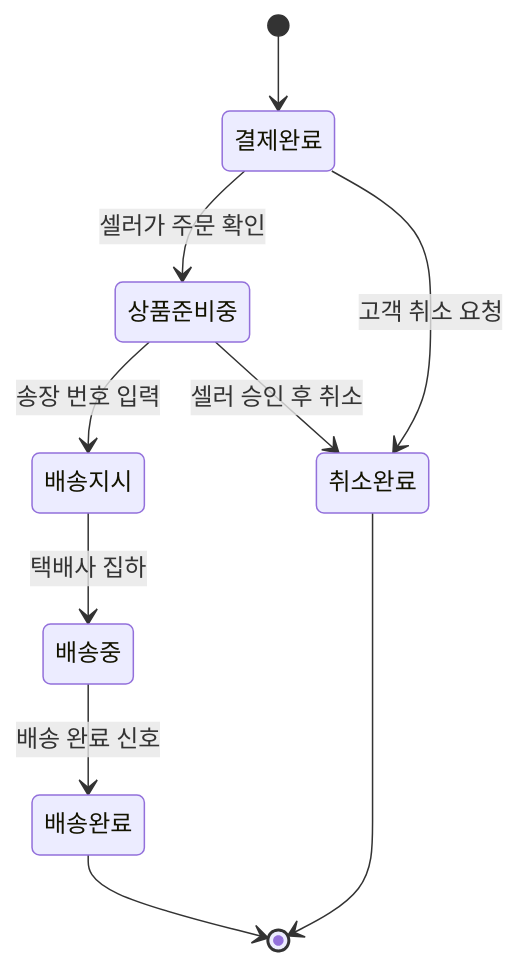
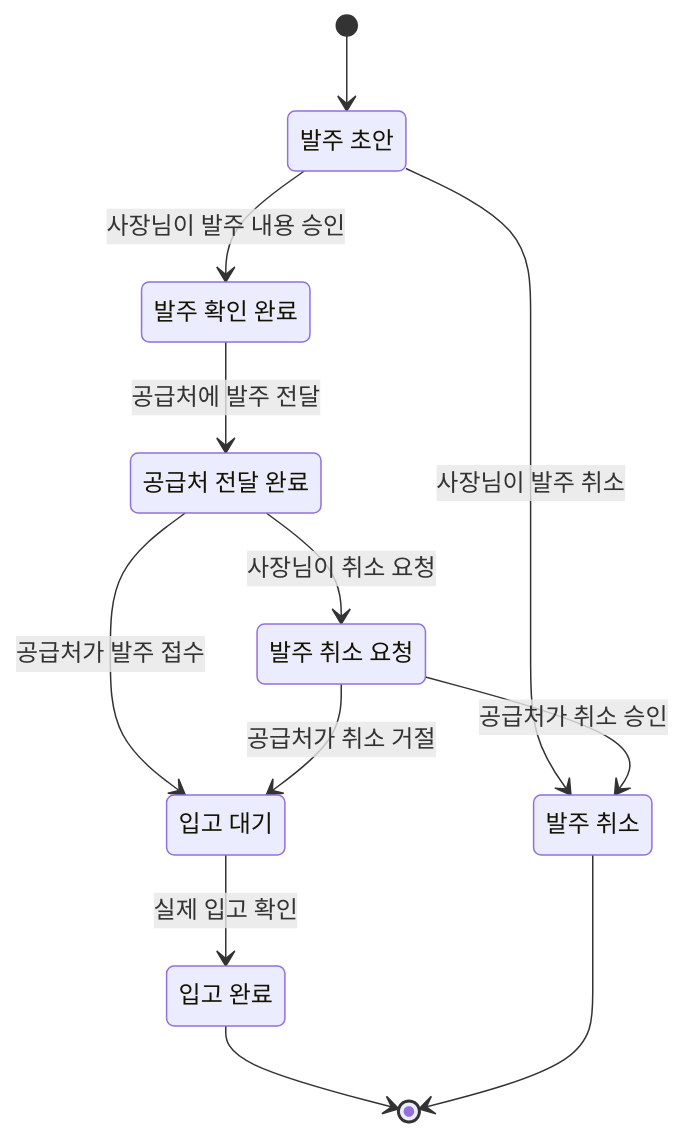
Before and after one commit to Ch0ngchongchong/document: the diagram in docs/domain/03-rules-states-llm.md, drawn with Mermaid. The commit also changed other lines of this file, not shown here.

Commit message:
feat: Drafting Document 3-1, 3-2

````diff
--- a/docs/domain/03-rules-states-llm.md
+++ b/docs/domain/03-rules-states-llm.md
@@ -46,19 +46,24 @@
 ```mermaid
 stateDiagram-v2
-    state "결제완료" as paid
-    state "상품준비중" as preparing
-    state "배송지시" as ordered
-    state "배송중" as shipping
-    state "배송완료" as delivered
-    state "취소완료" as canceled
+    state "발주 초안" as Draft
+    state "발주 확인 완료" as Confirmed
+    state "공급처 전달 완료" as Sent
+    state "입고 대기" as Waiting
+    state "입고 완료" as Received
+    state "발주 취소" as Canceled
+    state "발주 취소 요청" as CancelRequested
 
-    [*] --> paid
-    paid --> preparing : 셀러가 주문 확인
-    preparing --> ordered : 송장 번호 입력
-    ordered --> shipping : 택배사 집하
-    shipping --> delivered : 배송 완료 신호
-    paid --> canceled : 고객 취소 요청
-    preparing --> canceled : 셀러 승인 후 취소
-    delivered --> [*]
-    canceled --> [*]
+    [*] --> Draft
+    Draft --> Confirmed : 사장님이 발주 내용 승인
+    Confirmed --> Sent : 공급처에 발주 전달
+    Sent --> Waiting : 공급처가 발주 접수
+    Waiting --> Received : 실제 입고 확인
+
+    Draft --> Canceled : 사장님이 발주 취소
+    Sent --> CancelRequested : 사장님이 취소 요청
+    CancelRequested --> Canceled : 공급처가 취소 승인
+    CancelRequested --> Waiting : 공급처가 취소 거절
+
+    Received --> [*]
+    Canceled --> [*]
 ```
````
